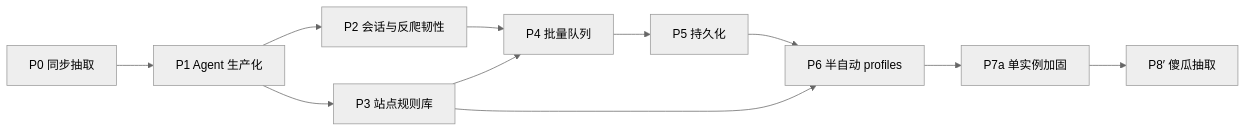
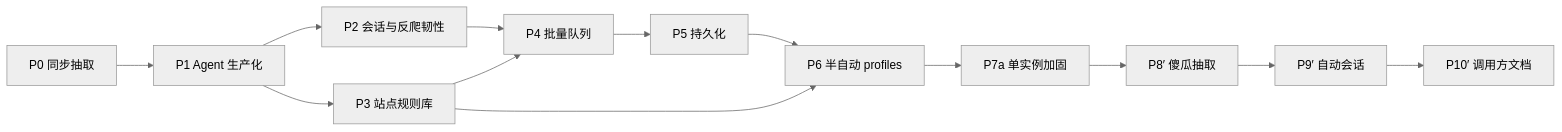
One commit to Ever12349/arachne changed the diagram in docs/DESIGN.md. Above: the diagram before and after it, drawn with Mermaid (neutral theme). The commit also changed other lines of this file and 16 other files, not shown here.

````diff
--- a/docs/DESIGN.md
+++ b/docs/DESIGN.md
@@ -710,13 +771,15 @@
 ```mermaid
 flowchart LR
   P0[P0 同步抽取] --> P1[P1 Agent 生产化]
   P1 --> P2[P2 会话与反爬韧性]
   P1 --> P3[P3 站点规则库]
   P2 --> P4[P4 批量队列]
   P3 --> P4
   P4 --> P5[P5 持久化]
   P3 --> P6[P6 半自动 profiles]
   P5 --> P6
   P6 --> P7[P7a 单实例加固]
   P7 --> P8[P8′ 傻瓜抽取]
+  P8 --> P9[P9′ 自动会话]
+  P9 --> P10[P10′ 调用方文档]
 ```
````
